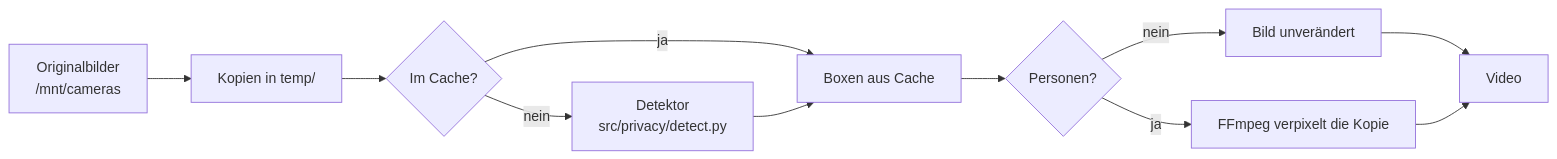
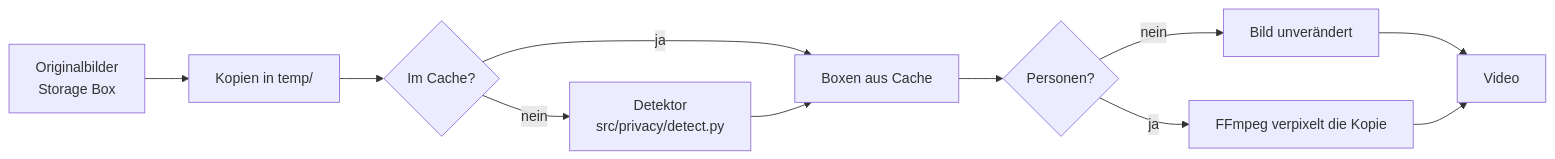
Before and after one commit to funktion5/Zeitraffer: the diagram in docs/verpixelung.md, drawn with Mermaid. The commit also changed 7 other files, not shown here.

Commit message:
docs: update documentation to clarify references to the Storage Box and installation scripts

````diff
--- a/docs/verpixelung.md
+++ b/docs/verpixelung.md
@@ -19,13 +19,13 @@
 ```mermaid
 flowchart LR
-    O[Originalbilder<br/>/mnt/cameras] --> K[Kopien in temp/]
+    O[Originalbilder<br/>Storage Box] --> K[Kopien in temp/]
     K --> C{Im Cache?}
     C -- ja --> B[Boxen aus Cache]
     C -- nein --> D[Detektor<br/>src/privacy/detect.py]
     D --> B
     B --> P{Personen?}
     P -- nein --> E[Bild unverändert]
     P -- ja --> F[FFmpeg verpixelt die Kopie]
     E --> V[Video]
     F --> V
 ```
````
